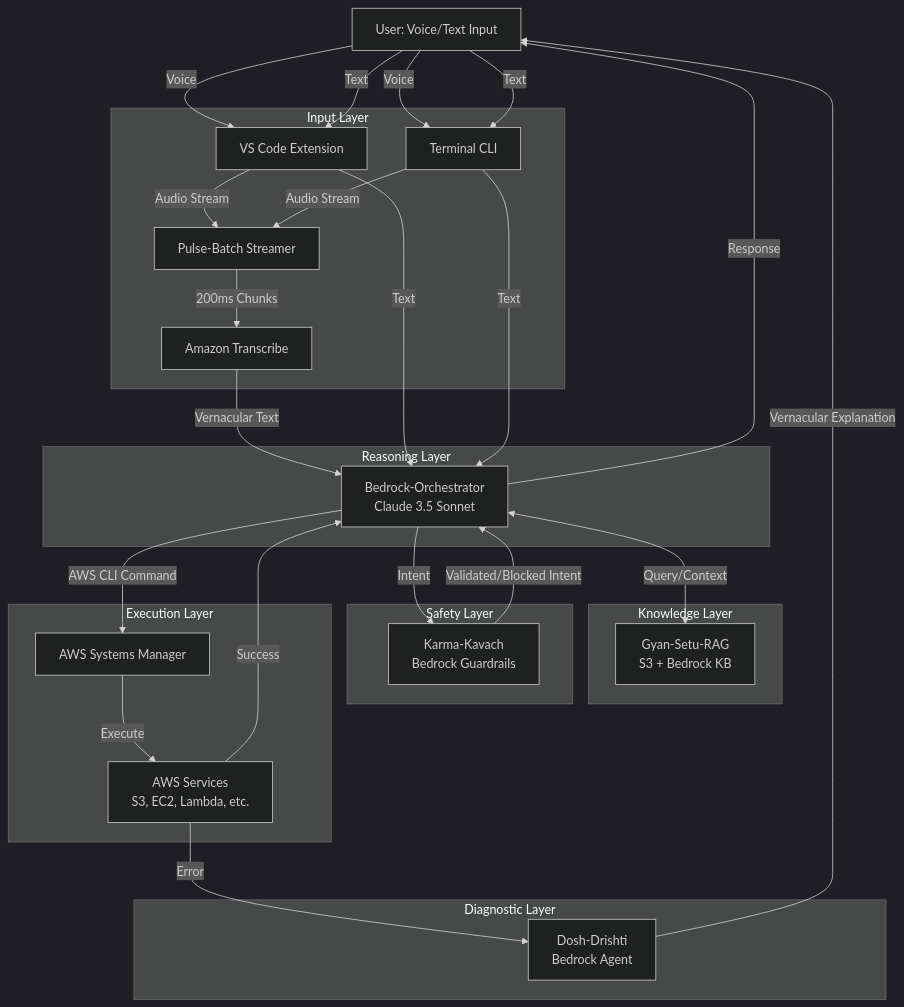
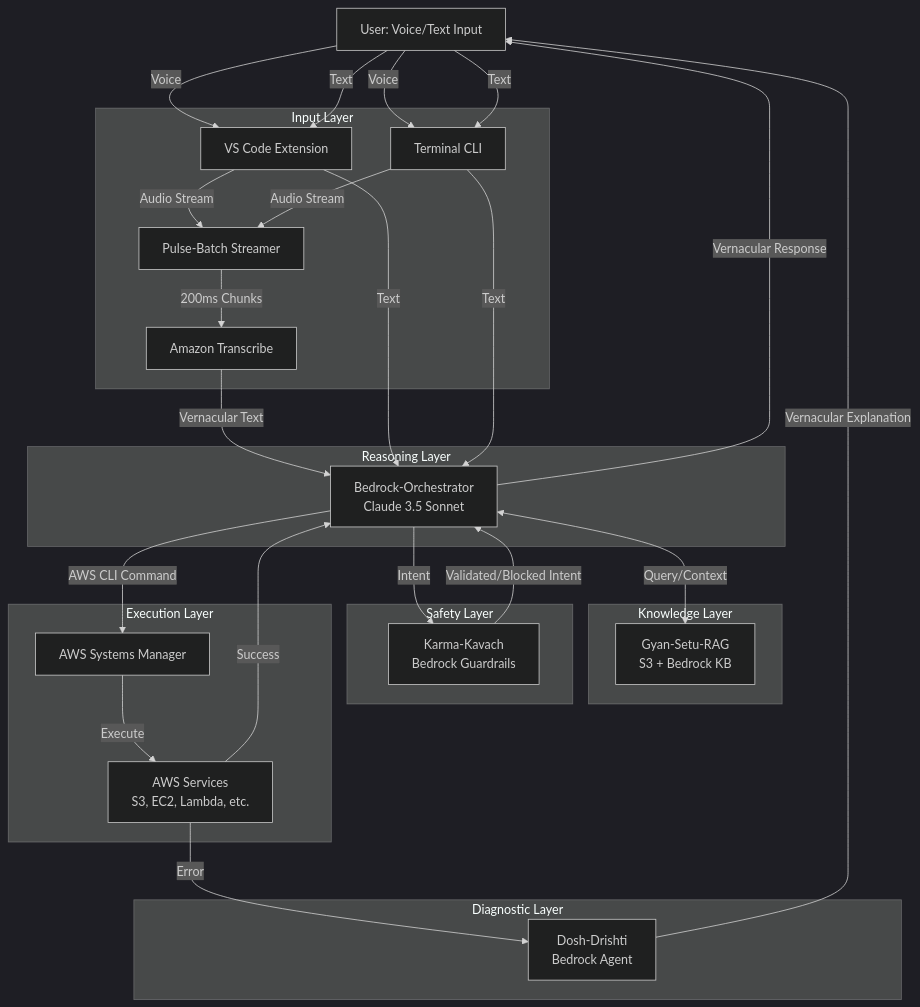
One commit to ashb155/aws-devsarathi changed the diagram in .kiro/specs/dev-sarathi-core/design.md. Above: the diagram before and after it, drawn with Mermaid (dark theme). The commit also changed other lines of this file, not shown here.

````diff
--- a/.kiro/specs/dev-sarathi-core/design.md
+++ b/.kiro/specs/dev-sarathi-core/design.md
@@ -19,58 +19,58 @@
 ```mermaid
 graph TB
     User[User: Voice/Text Input]
     
     subgraph "Input Layer"
         VSCode[VS Code Extension]
         CLI[Terminal CLI]
         PulseBatch[Pulse-Batch Streamer]
         Transcribe[Amazon Transcribe]
     end
     
     subgraph "Reasoning Layer"
         Orchestrator[Bedrock-Orchestrator<br/>Claude 3.5 Sonnet]
     end
     
     subgraph "Knowledge Layer"
         RAG[Gyan-Setu-RAG<br/>S3 + Bedrock KB]
     end
     
     subgraph "Safety Layer"
         Guardrails[Karma-Kavach<br/>Bedrock Guardrails]
     end
     
     subgraph "Execution Layer"
         SSM[AWS Systems Manager]
         AWSServices[AWS Services<br/>S3, EC2, Lambda, etc.]
     end
     
     subgraph "Diagnostic Layer"
         Drishti[Dosh-Drishti<br/>Bedrock Agent]
     end
     
     User -->|Voice| VSCode
     User -->|Voice| CLI
     User -->|Text| VSCode
     User -->|Text| CLI
     
     VSCode -->|Audio Stream| PulseBatch
     CLI -->|Audio Stream| PulseBatch
     PulseBatch -->|200ms Chunks| Transcribe
     Transcribe -->|Vernacular Text| Orchestrator
     
     VSCode -->|Text| Orchestrator
     CLI -->|Text| Orchestrator
     
     Orchestrator <-->|Query/Context| RAG
     Orchestrator -->|Intent| Guardrails
     Guardrails -->|Validated/Blocked Intent| Orchestrator
   
     
     Orchestrator -->|AWS CLI Command| SSM
     SSM -->|Execute| AWSServices
     AWSServices -->|Success| Orchestrator
     AWSServices -->|Error| Drishti
     
     Drishti -->|Vernacular Explanation| User
-    Orchestrator -->|Response| User
+    Orchestrator -->|Vernacular Response| User
 ```
````
